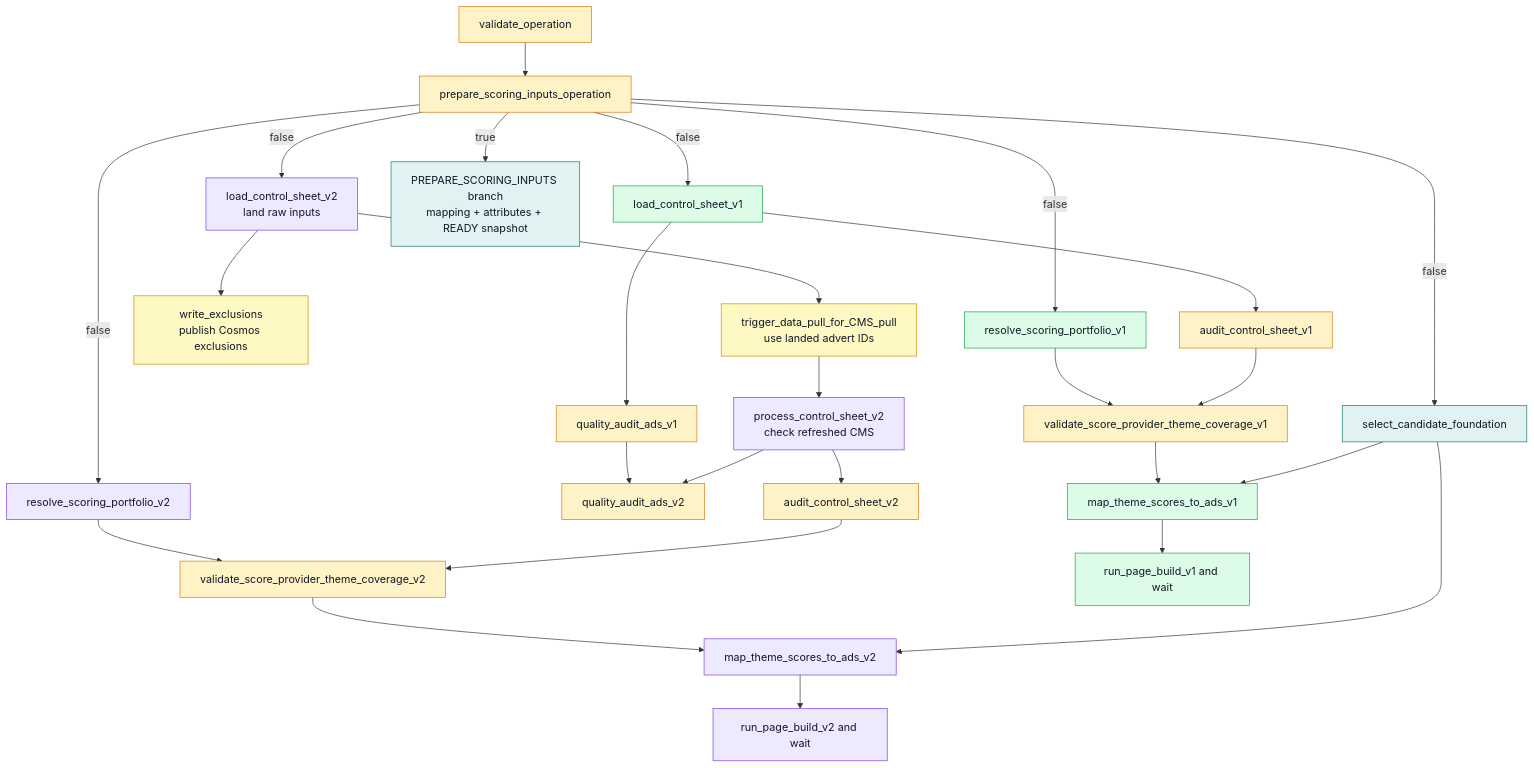
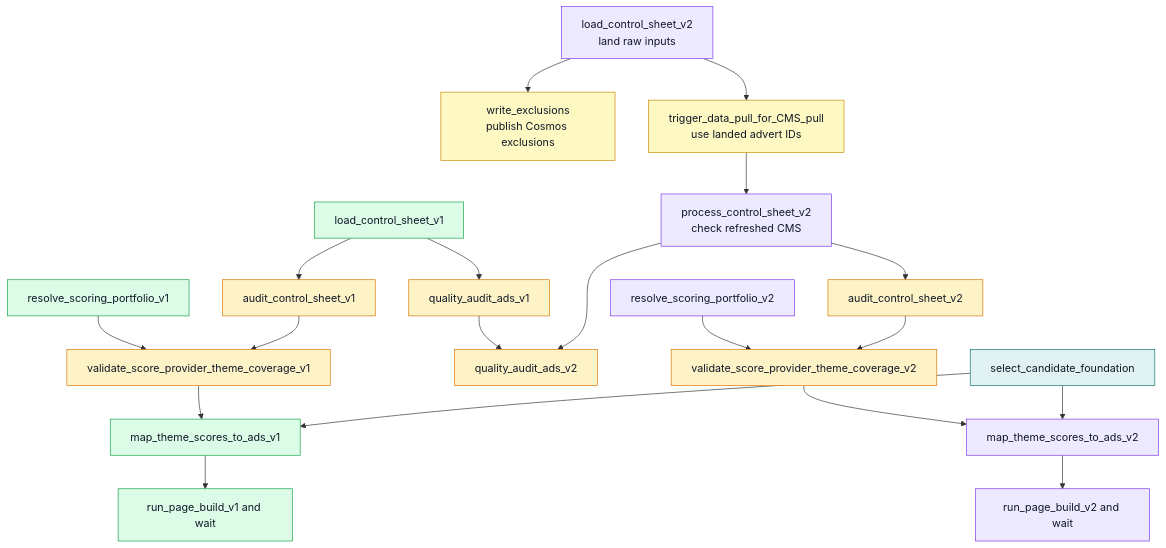
Before and after one commit to swblain-glyndwr/personal_project: the second of 2 diagrams in docs/architecture/v1_v2_parallel_route.md, drawn with Mermaid. The commit also changed other lines of this file and 18 other files, not shown here.

Commit message:
Separate shared scoring inputs from candidate build

````diff
--- a/docs/architecture/v1_v2_parallel_route.md
+++ b/docs/architecture/v1_v2_parallel_route.md
@@ -95,51 +95,41 @@
 ```mermaid
 flowchart TD
   classDef shared fill:#e0f2f1,stroke:#0f766e,color:#111827
   classDef v1 fill:#dcfce7,stroke:#16a34a,color:#111827
   classDef v2 fill:#ede9fe,stroke:#7c3aed,color:#111827
   classDef guard fill:#fef3c7,stroke:#d97706,color:#111827
   classDef external fill:#fef9c3,stroke:#ca8a04,color:#111827
 
   FOUNDATION["select_candidate_foundation"]:::shared
   LOAD_V1["load_control_sheet_v1"]:::v1
   AUDIT_V1["audit_control_sheet_v1"]:::guard
   QUALITY_AUDIT_ADS_V1["quality_audit_ads_v1"]:::guard
   LOAD_V2["load_control_sheet_v2<br/>land raw inputs"]:::v2
   WRITE_EXCLUSIONS["write_exclusions<br/>publish Cosmos exclusions"]:::external
   CMS["trigger_data_pull_for_CMS_pull<br/>use landed advert IDs"]:::external
-  VALIDATE["validate_operation"]:::guard
-  OPERATION["prepare_scoring_inputs_operation"]:::guard
-  PREP_INPUTS["PREPARE_SCORING_INPUTS branch<br/>mapping + attributes + READY snapshot"]:::shared
   PROCESS_V2["process_control_sheet_v2<br/>check refreshed CMS"]:::v2
   AUDIT_V2["audit_control_sheet_v2"]:::guard
   QUALITY_AUDIT_ADS_V2["quality_audit_ads_v2"]:::guard
 
   SELECT_V1["resolve_scoring_portfolio_v1"]:::v1
   SELECT_V2["resolve_scoring_portfolio_v2"]:::v2
   COVER_V1["validate_score_provider_theme_coverage_v1"]:::guard
   COVER_V2["validate_score_provider_theme_coverage_v2"]:::guard
   MAP_V1["map_theme_scores_to_ads_v1"]:::v1
   MAP_V2["map_theme_scores_to_ads_v2"]:::v2
   PAGE_V1["run_page_build_v1 and wait"]:::v1
   PAGE_V2["run_page_build_v2 and wait"]:::v2
 
-  VALIDATE --> OPERATION
-  OPERATION -- true --> PREP_INPUTS
-  OPERATION -- false --> LOAD_V1
-  OPERATION -- false --> LOAD_V2
-  OPERATION -- false --> FOUNDATION
-  OPERATION -- false --> SELECT_V1
-  OPERATION -- false --> SELECT_V2
   LOAD_V1 --> AUDIT_V1 --> COVER_V1
   LOAD_V1 --> QUALITY_AUDIT_ADS_V1
   SELECT_V1 --> COVER_V1
   LOAD_V2 --> WRITE_EXCLUSIONS
   LOAD_V2 --> CMS --> PROCESS_V2 --> AUDIT_V2 --> COVER_V2
   PROCESS_V2 --> QUALITY_AUDIT_ADS_V2
   QUALITY_AUDIT_ADS_V1 --> QUALITY_AUDIT_ADS_V2
   SELECT_V2 --> COVER_V2
   FOUNDATION --> MAP_V1
   FOUNDATION --> MAP_V2
   COVER_V1 --> MAP_V1 --> PAGE_V1
   COVER_V2 --> MAP_V2 --> PAGE_V2
 ```
````
